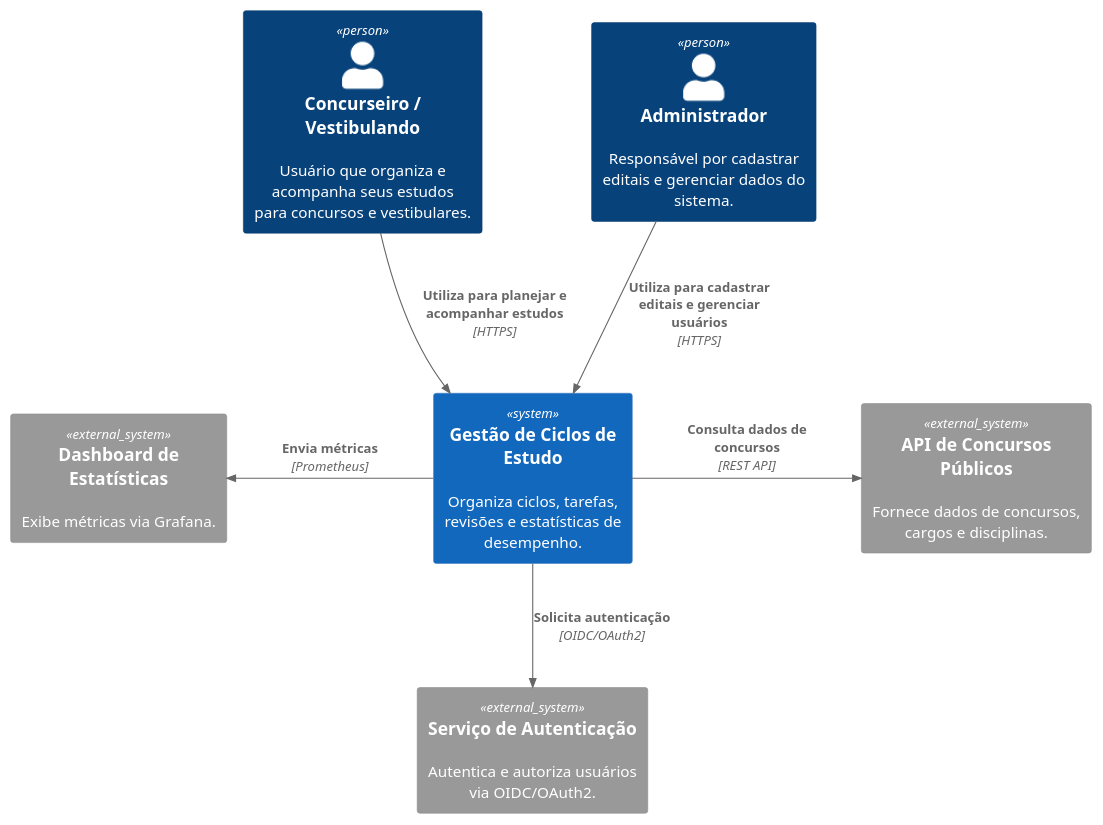
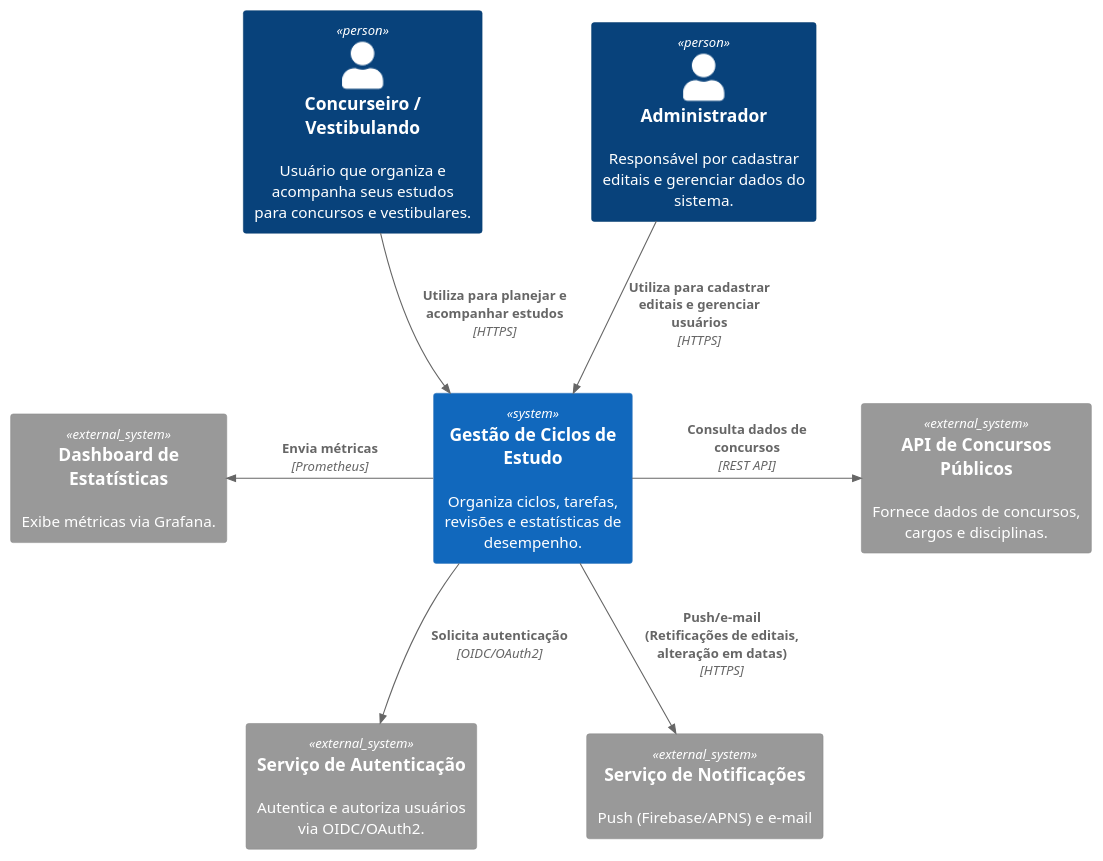
Before and after one commit to MarcosVSO/projeto_design_de_software: the diagram in atividade_2/diagrama_contexto.puml, drawn with PlantUML.

Commit message:
Adiciona serviço de notificações

```diff
--- a/atividade_2/diagrama_contexto.puml
+++ b/atividade_2/diagrama_contexto.puml
@@ -1,34 +1,38 @@
 @startuml
 !include https://raw.githubusercontent.com/plantuml-stdlib/C4-PlantUML/master/C4_Context.puml
 
 ' Configurações para melhorar legibilidade
 LAYOUT_TOP_DOWN()
 
 ' Aumentar espaçamento entre elementos
 skinparam ranksep 80
 skinparam nodesep 100
 
 Person(user, "Concurseiro / Vestibulando", "Usuário que organiza e acompanha seus estudos para concursos e vestibulares.")
 
 Person(adm, "Administrador", "Responsável por cadastrar editais e gerenciar dados do sistema.")
 
 System(system, "Gestão de Ciclos de Estudo", "Organiza ciclos, tarefas, revisões e estatísticas de desempenho.")
 
 System_Ext(auth, "Serviço de Autenticação", "Autentica e autoriza usuários via OIDC/OAuth2.")
 
+System_Ext(notification, "Serviço de Notificações", "Push (Firebase/APNS) e e-mail")
+
 System_Ext(apiConcursos, "API de Concursos Públicos", "Fornece dados de concursos, cargos e disciplinas.")
 
 System_Ext(grafana, "Dashboard de Estatísticas", "Exibe métricas via Grafana.")
 
 ' Relacionamentos com direções específicas
 Rel_Down(user, system, "Utiliza para planejar e acompanhar estudos", "HTTPS")
 
 Rel_Down(adm, system, "Utiliza para cadastrar editais e gerenciar usuários", "HTTPS")
 
 Rel_Down(system, auth, "Solicita autenticação", "OIDC/OAuth2")
 
+Rel_Down(system, notification, "Push/e-mail (Retificações de editais, alteração em datas)", "HTTPS")
+
 Rel_Right(system, apiConcursos, "Consulta dados de concursos", "REST API")
 
 Rel_Left(system, grafana, "Envia métricas", "Prometheus")
 
 @enduml
```
